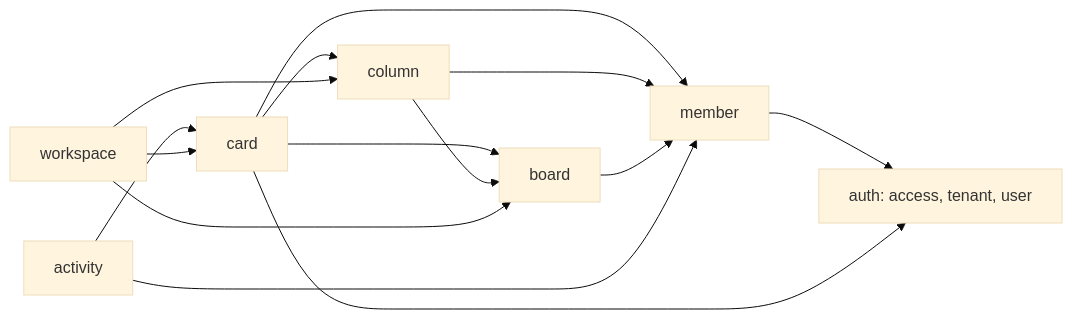
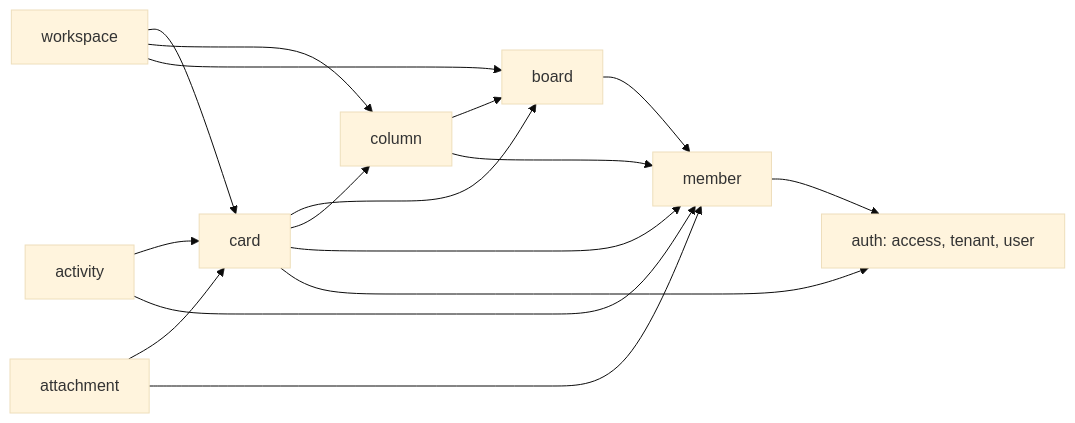
The second of 3 diagrams in web/manual/02-meet-cooper.md (aromero86/newt), drawn with Mermaid (base theme) before and after one commit. The commit also changed other lines of this file and 3 other files, not shown here.

````diff
--- a/web/manual/02-meet-cooper.md
+++ b/web/manual/02-meet-cooper.md
@@ -172,16 +174,18 @@
 ```mermaid
 flowchart LR
   card --> board
   card --> column
   card --> member
   column --> board
   column --> member
   board --> member
   activity --> card
   activity --> member
+  attachment --> card
+  attachment --> member
   workspace --> card
   workspace --> column
   workspace --> board
   member --> AUTH["auth: access, tenant, user"]
   card --> AUTH
 ```
````
